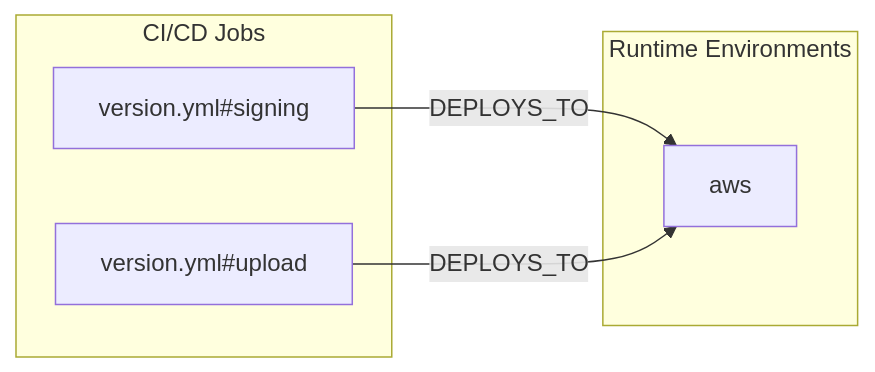
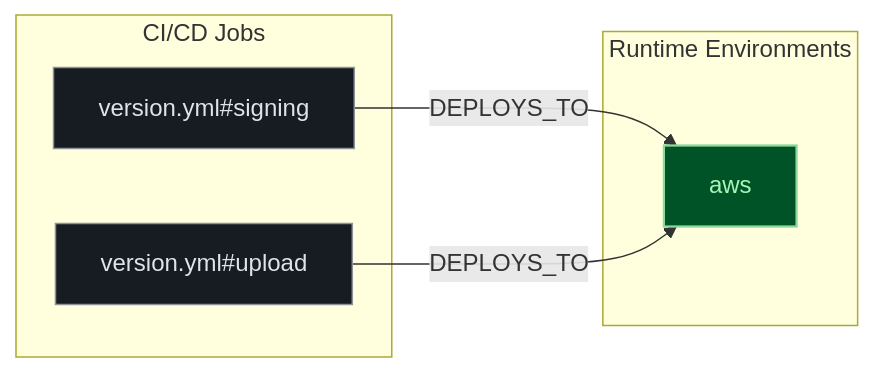
One commit to kumarshaz/atruss-code-atlas changed the first of 2 diagrams in exports/latest/reports/home-assistant-version-report.md. Above: the diagram before and after it, drawn with Mermaid. The commit also changed other lines of this file and 331 other files, not shown here.

Commit message:
docs,ui,fix: update SDLC docs, reorder CI/CD DAG first, stylize Mermaid, and fix Arc42 pipeline topology

````diff
--- a/exports/latest/reports/home-assistant-version-report.md
+++ b/exports/latest/reports/home-assistant-version-report.md
@@ -48,12 +48,16 @@
 ```mermaid
 flowchart LR
+    classDef atlasCategory fill:#212428,stroke:#E87A48,stroke-width:1.5px,color:#dfe3eb
+    classDef atlasWorkflow fill:#1b2026,stroke:#a3c9ff,stroke-width:1.5px,color:#dfe3eb
+    classDef atlasJob fill:#171c22,stroke:#8d9199,stroke-width:1px,color:#dfe3eb
+    classDef atlasTarget fill:#005227,stroke:#8bd99b,stroke-width:1.5px,color:#a7f6b6
     subgraph ci_jobs["CI/CD Jobs"]
-        job_version_yml_signing["version.yml#signing"]
-        job_version_yml_upload["version.yml#upload"]
+        job_version_yml_signing["version.yml#signing"]:::atlasJob
+        job_version_yml_upload["version.yml#upload"]:::atlasJob
     end
     subgraph runtime_envs["Runtime Environments"]
-        env_aws["aws"]
+        env_aws["aws"]:::atlasTarget
     end
     job_version_yml_signing -->|DEPLOYS_TO| env_aws
     job_version_yml_upload -->|DEPLOYS_TO| env_aws
 ```
````
